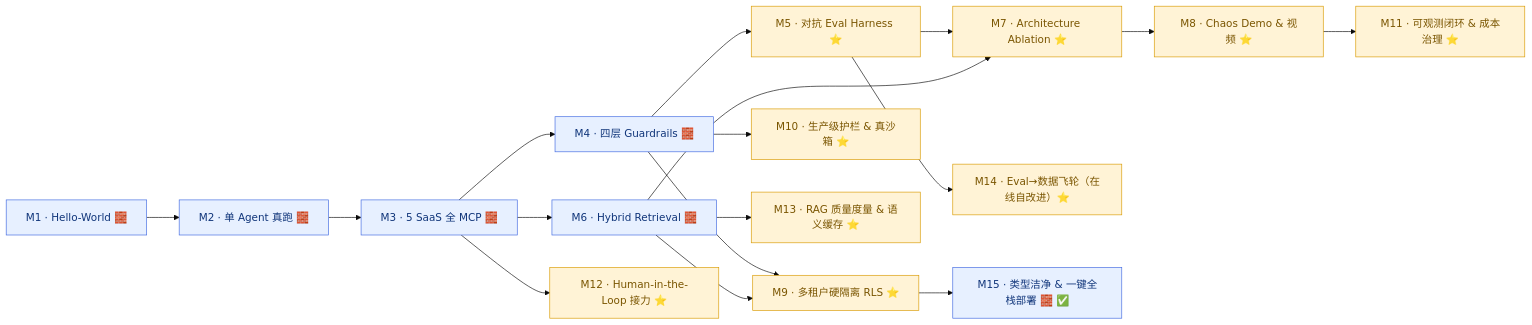
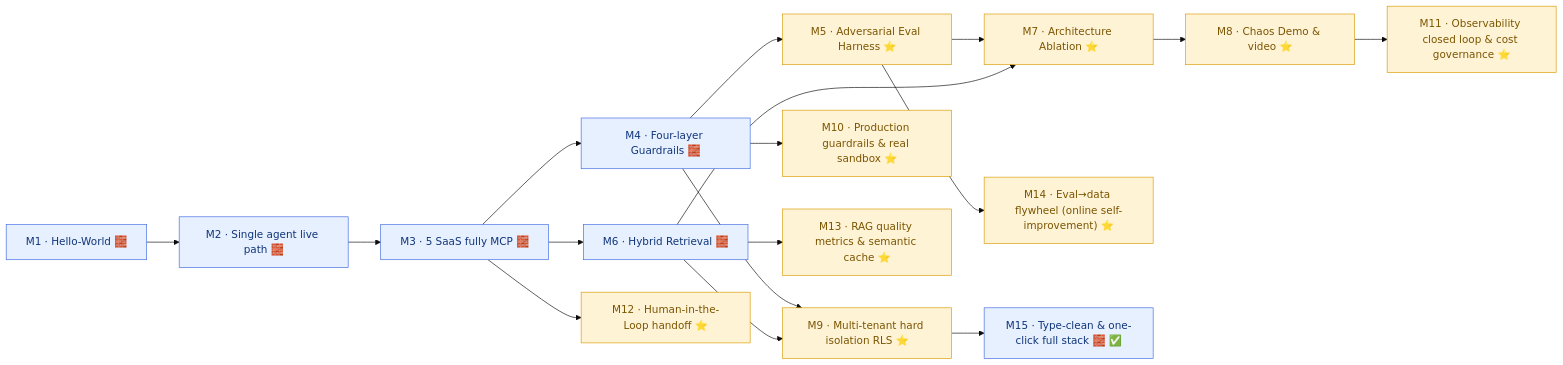
One commit to AndyUneducated/resolve-ai changed the diagram in docs/roadmap.md. Above: the diagram before and after it, drawn with Mermaid (base theme). The commit also changed other lines of this file and 79 other files, not shown here.

````diff
--- a/docs/roadmap.md
+++ b/docs/roadmap.md
@@ -22,25 +22,25 @@
 ```mermaid
 flowchart LR
-  M1["M1 · Hello-World 🧱"] --> M2["M2 · 单 Agent 真跑 🧱"]
-  M2 --> M3["M3 · 5 SaaS 全 MCP 🧱"]
-  M3 --> M4["M4 · 四层 Guardrails 🧱"]
-  M4 --> M5["M5 · 对抗 Eval Harness ⭐"]
+  M1["M1 · Hello-World 🧱"] --> M2["M2 · Single agent live path 🧱"]
+  M2 --> M3["M3 · 5 SaaS fully MCP 🧱"]
+  M3 --> M4["M4 · Four-layer Guardrails 🧱"]
+  M4 --> M5["M5 · Adversarial Eval Harness ⭐"]
   M3 --> M6["M6 · Hybrid Retrieval 🧱"]
   M5 --> M7["M7 · Architecture Ablation ⭐"]
   M6 --> M7
-  M7 --> M8["M8 · Chaos Demo & 视频 ⭐"]
-  M4 --> M9["M9 · 多租户硬隔离 RLS ⭐"]
+  M7 --> M8["M8 · Chaos Demo & video ⭐"]
+  M4 --> M9["M9 · Multi-tenant hard isolation RLS ⭐"]
   M6 --> M9
-  %% ---- Phase 2（规划中）----
-  M4 --> M10["M10 · 生产级护栏 & 真沙箱 ⭐"]
-  M8 --> M11["M11 · 可观测闭环 & 成本治理 ⭐"]
-  M3 --> M12["M12 · Human-in-the-Loop 接力 ⭐"]
-  M6 --> M13["M13 · RAG 质量度量 & 语义缓存 ⭐"]
-  M5 --> M14["M14 · Eval→数据飞轮（在线自改进）⭐"]
-  M9 --> M15["M15 · 类型洁净 & 一键全栈部署 🧱 ✅"]
+  %% ---- Phase 2 ----
+  M4 --> M10["M10 · Production guardrails & real sandbox ⭐"]
+  M8 --> M11["M11 · Observability closed loop & cost governance ⭐"]
+  M3 --> M12["M12 · Human-in-the-Loop handoff ⭐"]
+  M6 --> M13["M13 · RAG quality metrics & semantic cache ⭐"]
+  M5 --> M14["M14 · Eval→data flywheel (online self-improvement) ⭐"]
+  M9 --> M15["M15 · Type-clean & one-click full stack 🧱 ✅"]
   classDef base fill:#e7f0ff,stroke:#4169E1,color:#10357a;
   classDef star fill:#fff3d6,stroke:#d99a00,color:#7a5500;
   classDef plan fill:#eee,stroke:#999,color:#444,stroke-dasharray: 4 3;
   class M1,M2,M3,M4,M6,M15 base;
   class M5,M7,M8,M9,M10,M11,M12,M13,M14 star;
 ```
````
